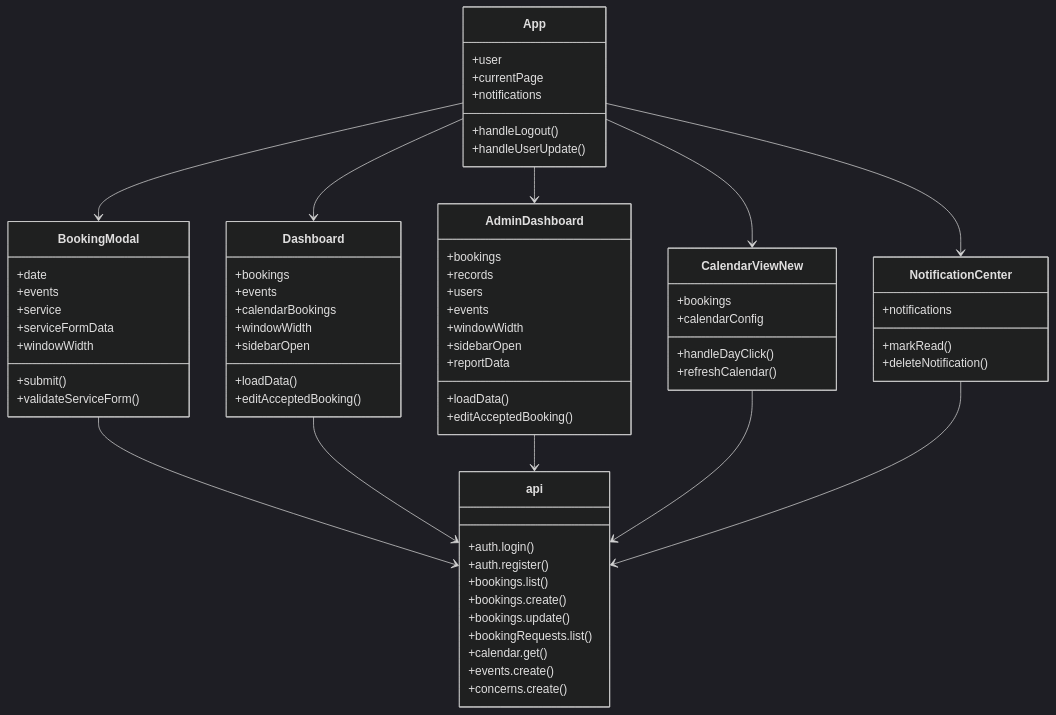
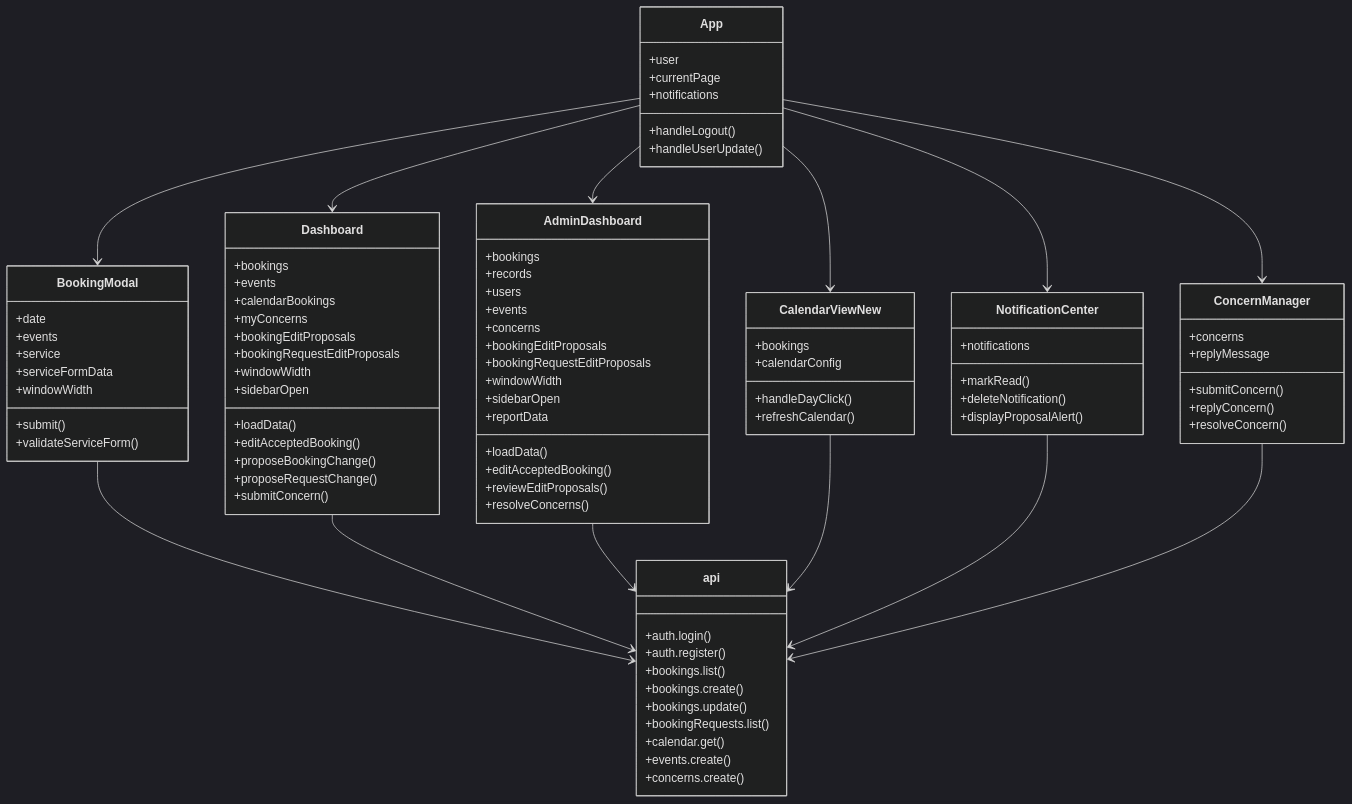
One commit to rcamarig-boop/church-booking-system changed the fifth of 7 diagrams in PROJECT_DIAGRAMS.md. Above: the diagram before and after it, drawn with Mermaid (dark theme). The commit also changed other lines of this file, not shown here.

Commit message:
docs: Add booking edit proposals, request edit proposals, and concerns management to diagrams

````diff
--- a/PROJECT_DIAGRAMS.md
+++ b/PROJECT_DIAGRAMS.md
@@ -235,10 +286,16 @@
     +bookings
     +events
     +calendarBookings
+    +myConcerns
+    +bookingEditProposals
+    +bookingRequestEditProposals
     +windowWidth
     +sidebarOpen
     +loadData()
     +editAcceptedBooking()
+    +proposeBookingChange()
+    +proposeRequestChange()
+    +submitConcern()
   }
 
   class AdminDashboard {
@@ -246,11 +303,16 @@
     +records
     +users
     +events
+    +concerns
+    +bookingEditProposals
+    +bookingRequestEditProposals
     +windowWidth
     +sidebarOpen
     +loadData()
     +editAcceptedBooking()
     +reportData
+    +reviewEditProposals()
+    +resolveConcerns()
   }
 
   class CalendarViewNew {
@@ -264,6 +326,15 @@
     +notifications
     +markRead()
     +deleteNotification()
+    +displayProposalAlert()
+  }
+
+  class ConcernManager {
+    +concerns
+    +replyMessage
+    +submitConcern()
+    +replyConcern()
+    +resolveConcern()
   }
 
   class api {
@@ -283,9 +354,11 @@
   App --> BookingModal
   App --> CalendarViewNew
   App --> NotificationCenter
+  App --> ConcernManager
   BookingModal --> api
   Dashboard --> api
   AdminDashboard --> api
   CalendarViewNew --> api
   NotificationCenter --> api
+  ConcernManager --> api
 ```
````
